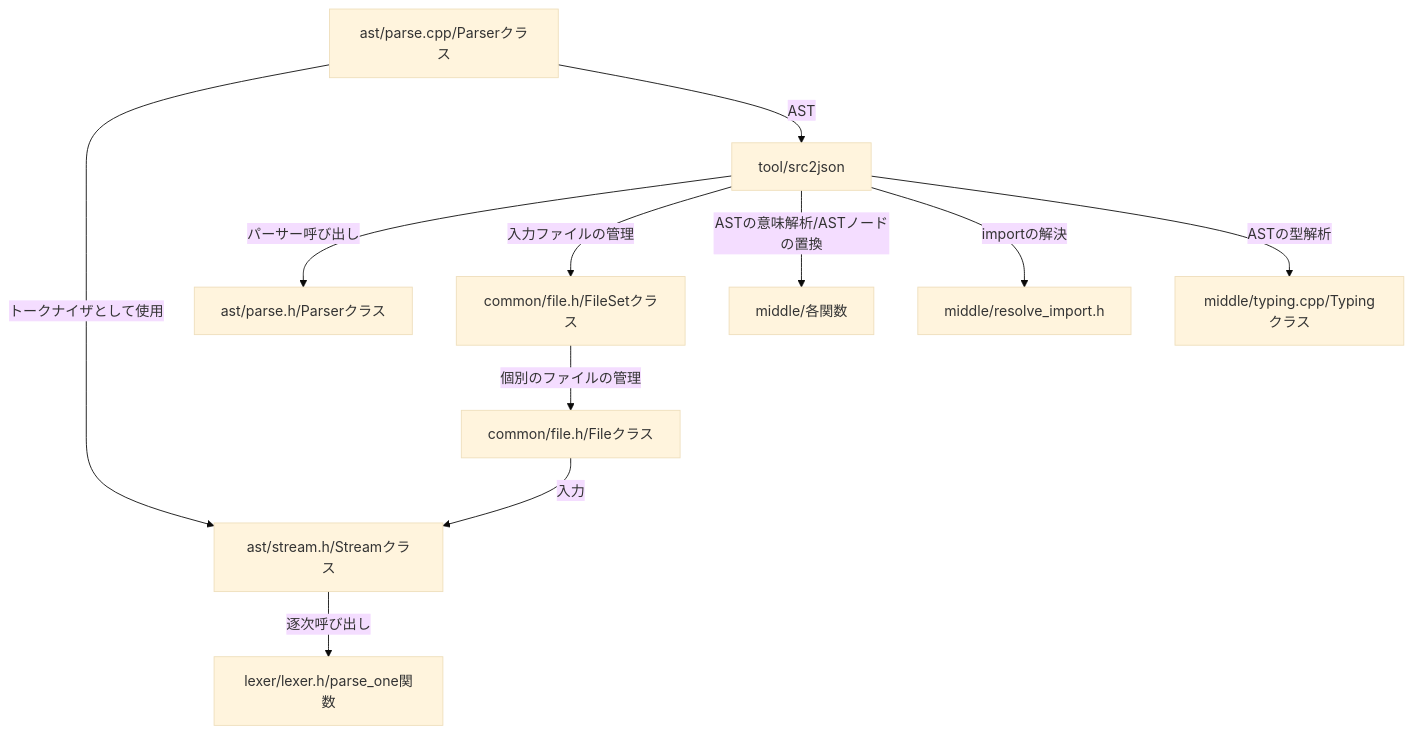
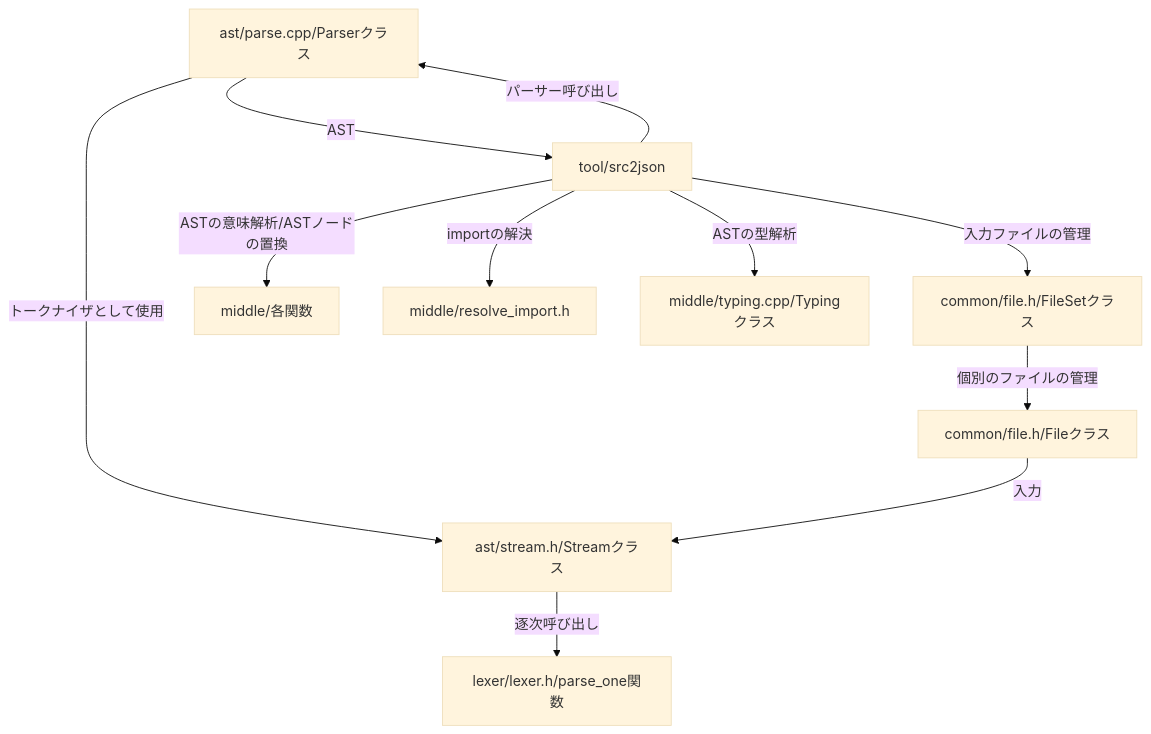
The second of 2 diagrams in web/doc/content/docs/src_core.md (on-keyday/brgen), drawn with Mermaid (base theme) before and after one commit.

````diff
--- a/web/doc/content/docs/src_core.md
+++ b/web/doc/content/docs/src_core.md
@@ -42,19 +42,19 @@
 ```mermaid
 flowchart
 ast/stream.h/Streamクラス-->|逐次呼び出し|lexer/lexer.h/parse_one関数
 ast/parse.cpp/Parserクラス-->|トークナイザとして使用|ast/stream.h/Streamクラス
-tool/src2json-->|パーサー呼び出し|ast/parse.h/Parserクラス
+tool/src2json-->|パーサー呼び出し|ast/parse.cpp/Parserクラス
 ast/parse.cpp/Parserクラス-->|AST|tool/src2json
 
 
 tool/src2json-->|入力ファイルの管理|common/file.h/FileSetクラス
 
 common/file.h/FileSetクラス-->|個別のファイルの管理|common/file.h/Fileクラス
 
 common/file.h/Fileクラス-->|入力|ast/stream.h/Streamクラス
 
 tool/src2json-->|ASTの意味解析/ASTノードの置換|middle/各関数
 tool/src2json-->|importの解決|middle/resolve_import.h
 tool/src2json-->|ASTの型解析|middle/typing.cpp/Typingクラス
 
 ```
````
